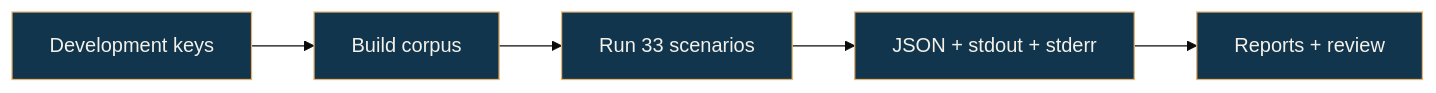
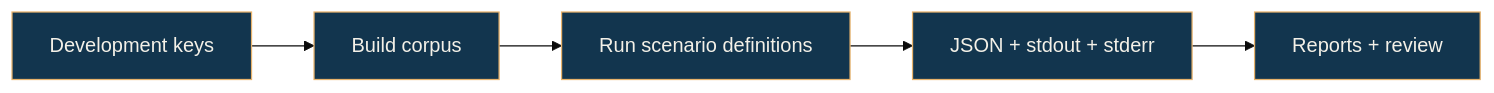
The diagram in docs/REPRODUCIBILITY.md (v1rtu3x/BootLab), drawn with Mermaid (base theme) before and after one commit. The commit also changed other lines of this file and 21 other files, not shown here.

````diff
--- a/docs/REPRODUCIBILITY.md
+++ b/docs/REPRODUCIBILITY.md
@@ -27,9 +29,9 @@
 ```mermaid
 flowchart LR
     K["Development keys"] --> C["Build corpus"]
-    C --> M["Run 33 scenarios"]
+    C --> M["Run scenario definitions"]
     M --> E["JSON + stdout + stderr"]
     E --> R["Reports + review"]
     classDef step fill:#12354e,color:#f4f1e8,stroke:#e7b26b;
     class K,C,M,E,R step;
 ```
````
